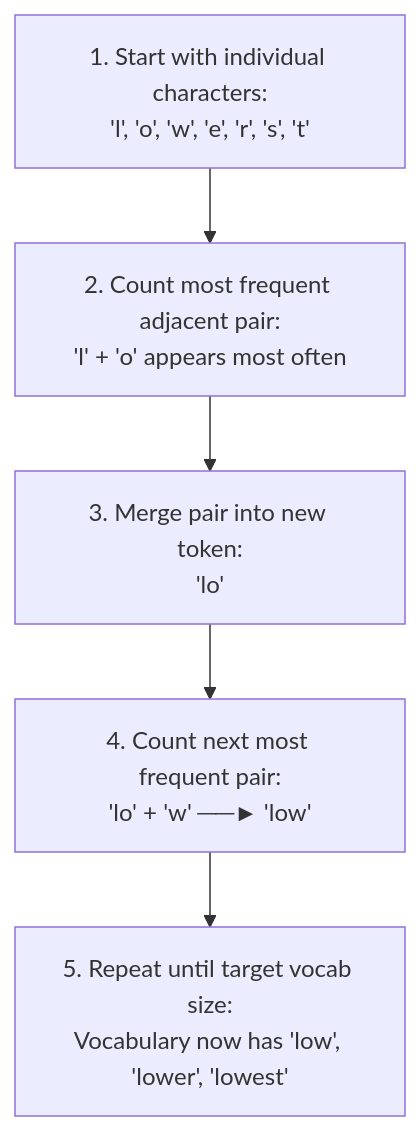
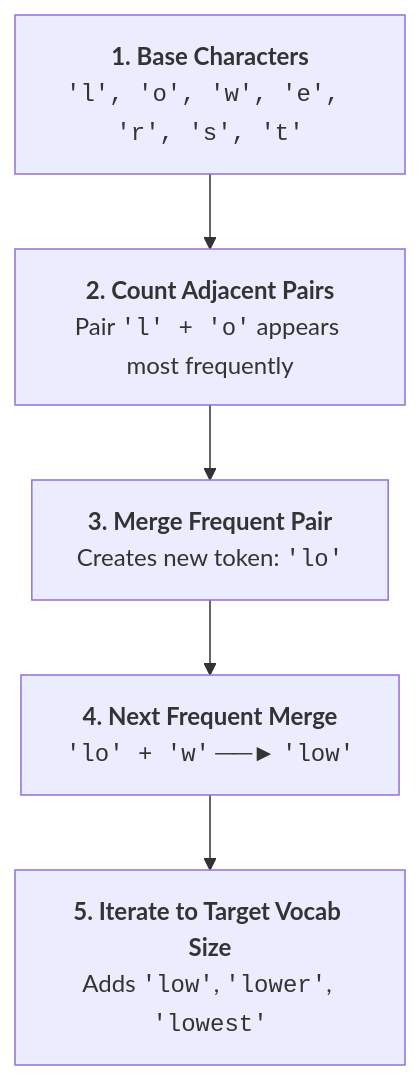
Before and after one commit to Nishant8826/theory-leaning: the second of 2 diagrams in Nameste-AI/Season_01/03_The_Secret_Language_of_LLMs.md, drawn with Mermaid. The commit also changed other lines of this file and 7 other files, not shown here.

````diff
--- a/Nameste-AI/Season_01/03_The_Secret_Language_of_LLMs.md
+++ b/Nameste-AI/Season_01/03_The_Secret_Language_of_LLMs.md
@@ -149,7 +160,7 @@
 ```mermaid
 flowchart TD
-    A["1. Start with individual characters:\n'l', 'o', 'w', 'e', 'r', 's', 't'"] --> B["2. Count most frequent adjacent pair:\n'l' + 'o' appears most often"]
-    B --> C["3. Merge pair into new token:\n'lo'"]
-    C --> D["4. Count next most frequent pair:\n'lo' + 'w' ──► 'low'"]
-    D --> E["5. Repeat until target vocab size:\nVocabulary now has 'low', 'lower', 'lowest'"]
+    A["<b>1. Base Characters</b><br/><code>'l', 'o', 'w', 'e', 'r', 's', 't'</code>"] --> B["<b>2. Count Adjacent Pairs</b><br/>Pair <code>'l' + 'o'</code> appears most frequently"]
+    B --> C["<b>3. Merge Frequent Pair</b><br/>Creates new token: <code>'lo'</code>"]
+    C --> D["<b>4. Next Frequent Merge</b><br/><code>'lo' + 'w'</code> ──► <code>'low'</code>"]
+    D --> E["<b>5. Iterate to Target Vocab Size</b><br/>Adds <code>'low'</code>, <code>'lower'</code>, <code>'lowest'</code>"]
 ```
````
